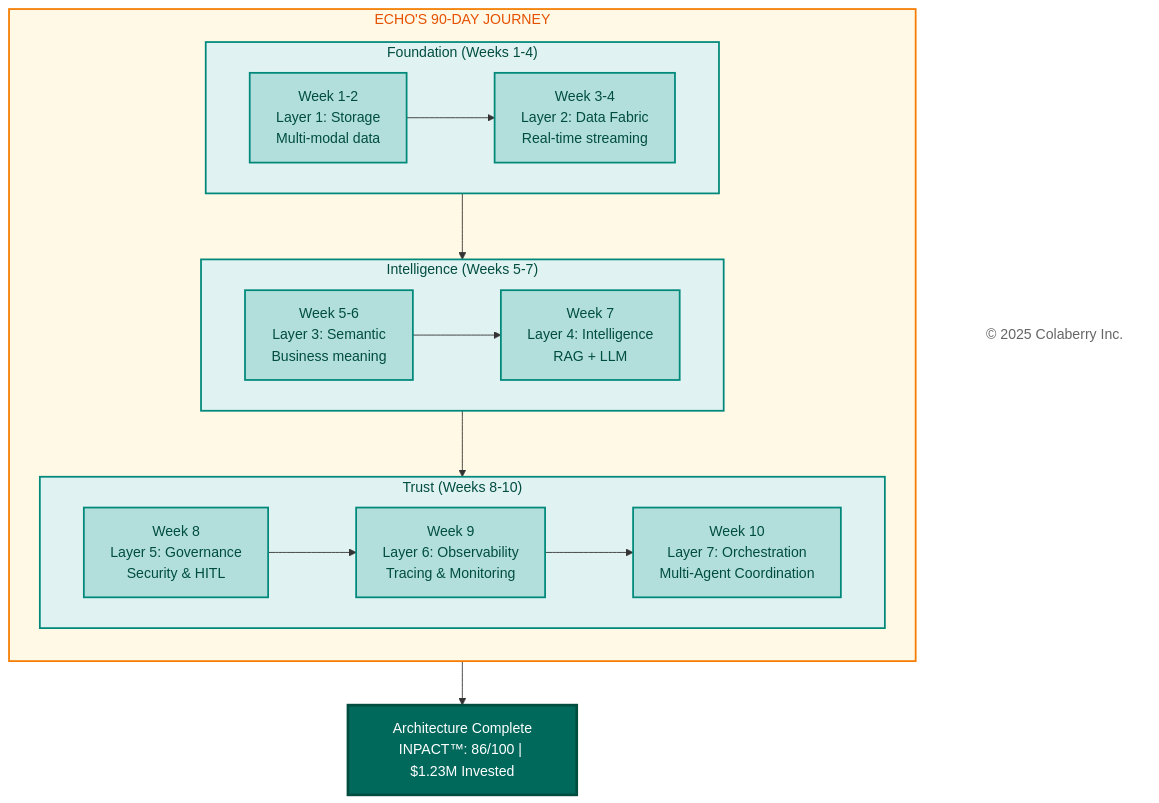
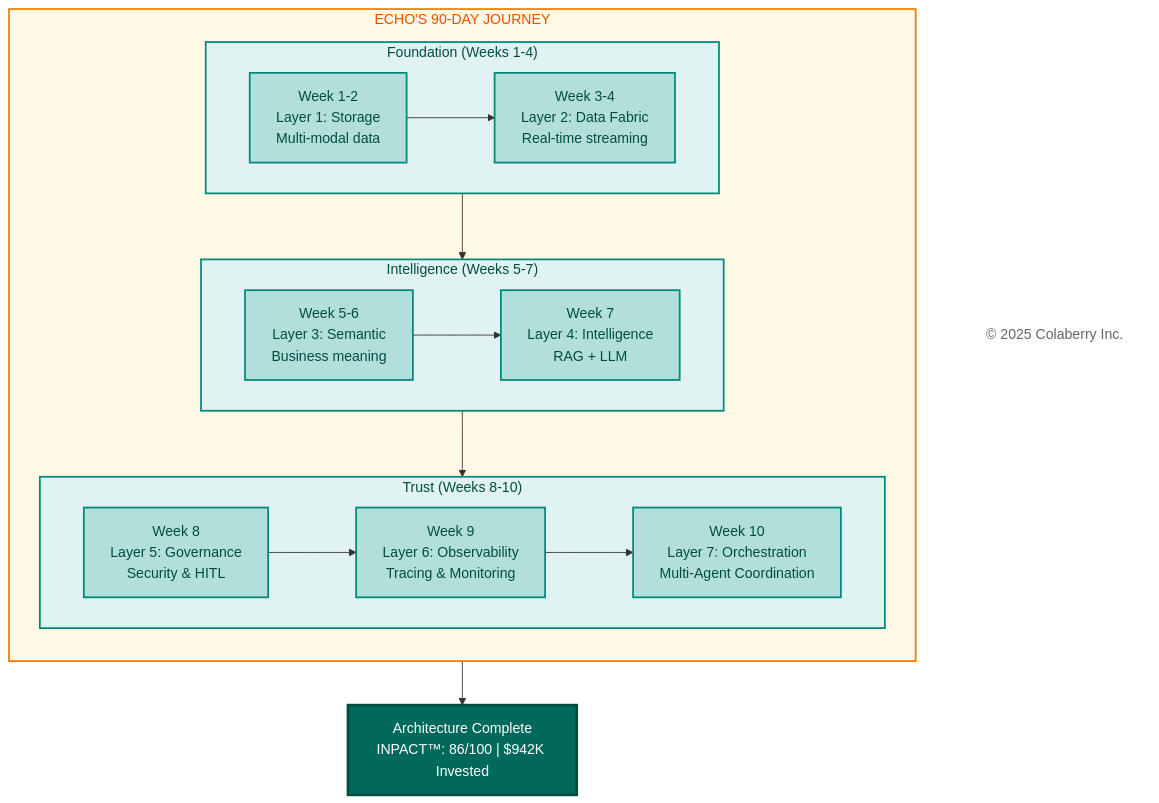
Before and after one commit to saitejesh-cyber/trust-before-intelligence-book: the third of 14 diagrams in manuscript/08_chapter_7_goals_framework.md, drawn with Mermaid. The commit also changed other lines of this file and 3 other files, not shown here.

````diff
--- a/manuscript/08_chapter_7_goals_framework.md
+++ b/manuscript/08_chapter_7_goals_framework.md
@@ -263,49 +263,49 @@
 ```mermaid
 
 graph TB
     subgraph JOURNEY["ECHO'S 90-DAY JOURNEY"]
         direction TB
         subgraph PHASE1["Foundation (Weeks 1-4)"]
             direction LR
             W1["Week 1-2<br/>Layer 1: Storage<br/>Multi-modal data"]
             W2["Week 3-4<br/>Layer 2: Data Fabric<br/>Real-time streaming"]
             W1 --> W2
         end
         
         subgraph PHASE2["Intelligence (Weeks 5-7)"]
             direction LR
             W3["Week 5-6<br/>Layer 3: Semantic<br/>Business meaning"]
             W4["Week 7<br/>Layer 4: Intelligence<br/>RAG + LLM"]
             W3 --> W4
         end
         
         subgraph PHASE3["Trust (Weeks 8-10)"]
             direction LR
             W5["Week 8<br/>Layer 5: Governance<br/>Security & HITL"]
             W6["Week 9<br/>Layer 6: Observability<br/>Tracing & Monitoring"]
             W7["Week 10<br/>Layer 7: Orchestration<br/>Multi-Agent Coordination"]
             W5 --> W6 --> W7
         end
     end
     
-    COMPLETE["Architecture Complete<br/>INPACT™: 86/100 | $1.23M Invested"]
+    COMPLETE["Architecture Complete<br/>INPACT™: 86/100 | $942K Invested"]
     
     Copyright["© 2025 Colaberry Inc."]
     
     PHASE1 --> PHASE2 --> PHASE3 --> COMPLETE
     
     style JOURNEY fill:#fff9e6,stroke:#f57c00,stroke-width:2px,color:#e65100
     style PHASE1 fill:#e0f2f1,stroke:#00897b,stroke-width:2px,color:#004d40
     style PHASE2 fill:#e0f2f1,stroke:#00897b,stroke-width:2px,color:#004d40
     style PHASE3 fill:#e0f2f1,stroke:#00897b,stroke-width:2px,color:#004d40
     style W1 fill:#b2dfdb,stroke:#00897b,stroke-width:2px,color:#004d40
     style W2 fill:#b2dfdb,stroke:#00897b,stroke-width:2px,color:#004d40
     style W3 fill:#b2dfdb,stroke:#00897b,stroke-width:2px,color:#004d40
     style W4 fill:#b2dfdb,stroke:#00897b,stroke-width:2px,color:#004d40
     style W5 fill:#b2dfdb,stroke:#00897b,stroke-width:2px,color:#004d40
     style W6 fill:#b2dfdb,stroke:#00897b,stroke-width:2px,color:#004d40
     style W7 fill:#b2dfdb,stroke:#00897b,stroke-width:2px,color:#004d40
     style COMPLETE fill:#00695c,color:#ffffff,stroke:#004d40,stroke-width:3px
     style Copyright fill:#ffffff,stroke:none,color:#666666
 
 ```
````
